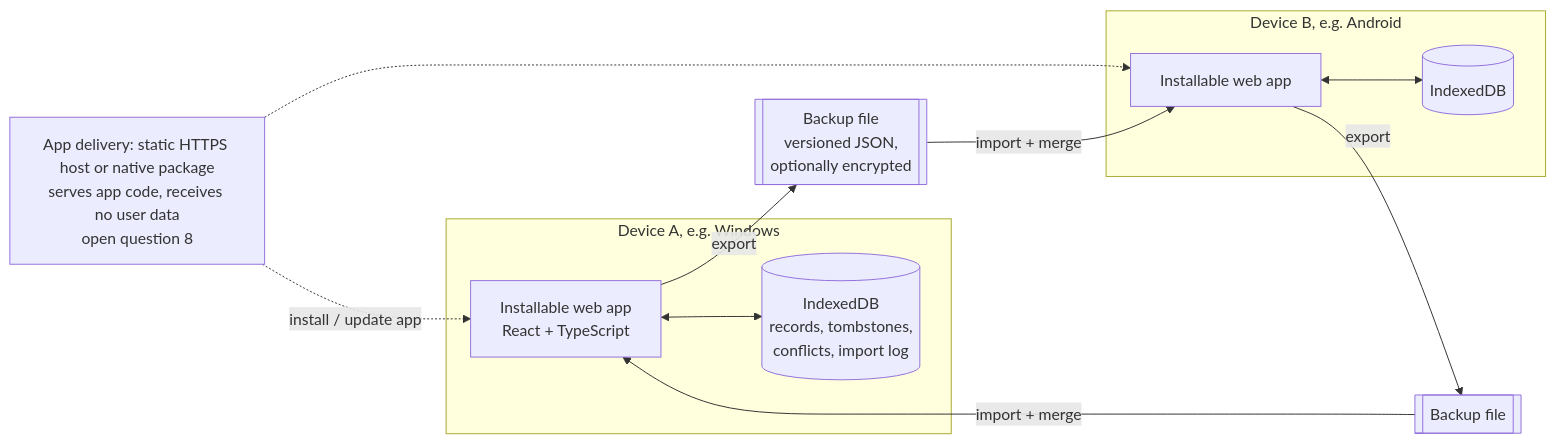
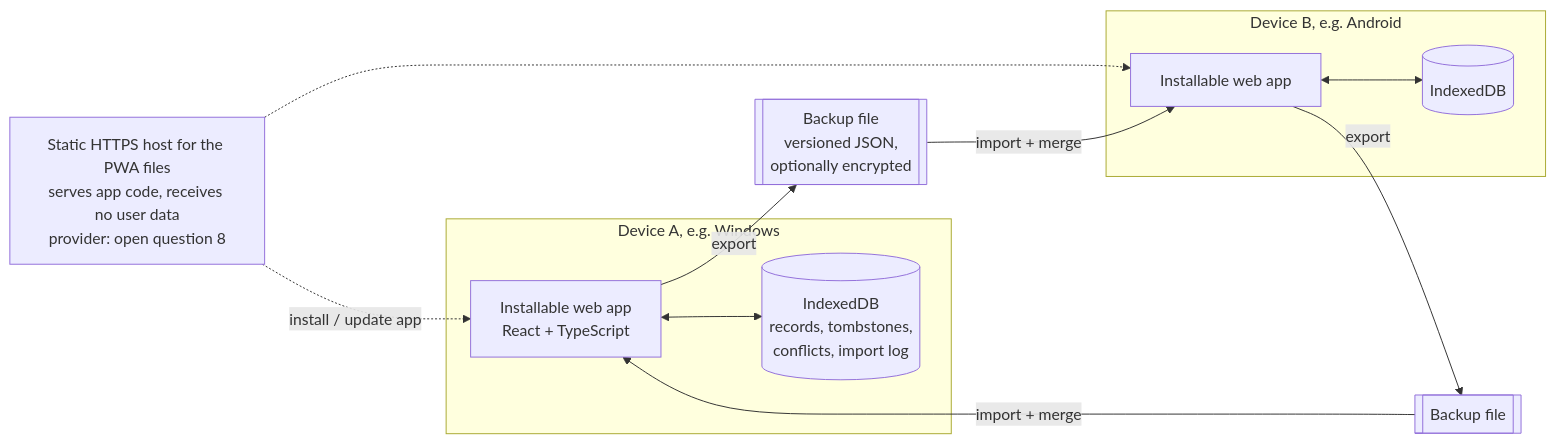
One commit to moeintorabi90/personal-productivity-system changed the first of 2 diagrams in docs/ARCHITECTURE.md. Above: the diagram before and after it, drawn with Mermaid. The commit also changed other lines of this file and 10 other files, not shown here.

````diff
--- a/docs/ARCHITECTURE.md
+++ b/docs/ARCHITECTURE.md
@@ -9,19 +9,19 @@
 ```mermaid
 flowchart LR
   subgraph DeviceA[Device A, e.g. Windows]
     WebA[Installable web app<br/>React + TypeScript]
     LocalA[(IndexedDB<br/>records, tombstones,<br/>conflicts, import log)]
     WebA <--> LocalA
   end
   subgraph DeviceB[Device B, e.g. Android]
     WebB[Installable web app]
     LocalB[(IndexedDB)]
     WebB <--> LocalB
   end
   WebA -->|export| File[[Backup file<br/>versioned JSON,<br/>optionally encrypted]]
   File -->|import + merge| WebB
   WebB -->|export| File2[[Backup file]]
   File2 -->|import + merge| WebA
-  Host[App delivery: static HTTPS host or native package<br/>serves app code, receives no user data<br/>open question 8] -.->|install / update app| WebA
+  Host[Static HTTPS host for the PWA files<br/>serves app code, receives no user data<br/>provider: open question 8] -.->|install / update app| WebA
   Host -.-> WebB
 ```
````
